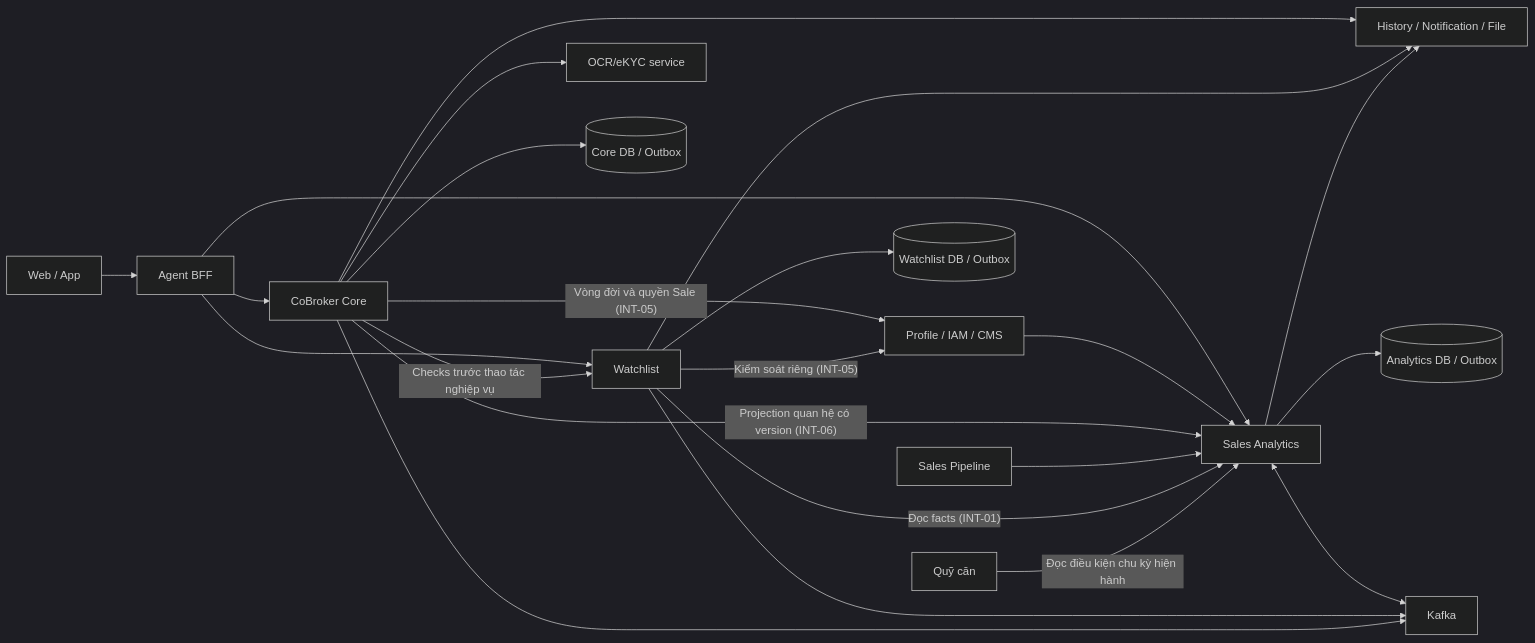
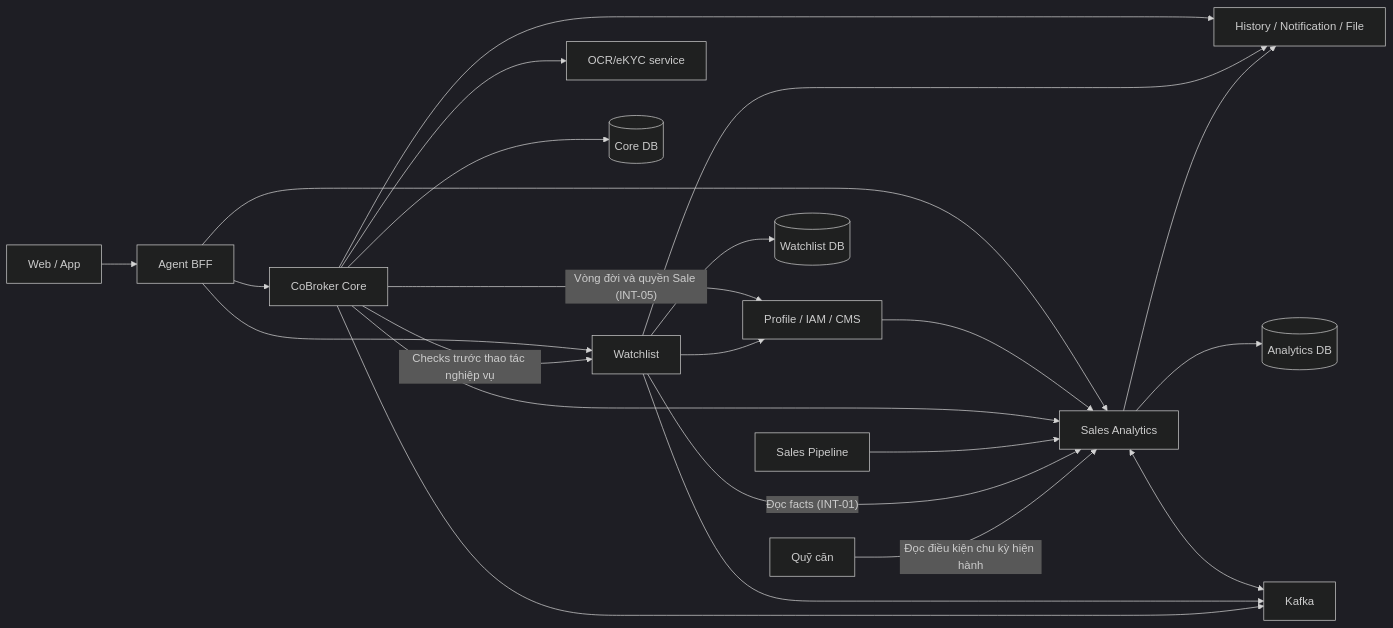
One commit to huynv-xyz/vhm-tdd changed the diagram in cobroker/diagrams/cobroker-01.mmd. Above: the diagram before and after it, drawn with Mermaid (dark theme). The commit also changed 6 other files, not shown here.

Commit message:
docs: simplify architecture diagram labels

```diff
--- a/cobroker/diagrams/cobroker-01.mmd
+++ b/cobroker/diagrams/cobroker-01.mmd
@@ -1,23 +1,23 @@
 flowchart LR
     U["Web / App"] --> B["Agent BFF"]
     B --> C["CoBroker Core"]
     B --> A["Sales Analytics"]
     B --> W["Watchlist"]
     C -->|"Checks trước thao tác nghiệp vụ"| W
     C --> E["OCR/eKYC service"]
     C -->|"Vòng đời và quyền Sale (INT-05)"| P["Profile / IAM / CMS"]
     P --> A
-    C -->|"Projection quan hệ có version (INT-06)"| A
+    C --> A
     D["Sales Pipeline"] --> A
     W -->|"Đọc facts (INT-01)"| A
-    W -->|"Kiểm soát riêng (INT-05)"| P
+    W --> P
     C --> H["History / Notification / File"]
     W --> H
     A --> H
     Q["Quỹ căn"] -->|"Đọc điều kiện chu kỳ hiện hành"| A
-    C --> CD[("Core DB / Outbox")]
-    A --> AD[("Analytics DB / Outbox")]
-    W --> WD[("Watchlist DB / Outbox")]
+    C --> CD[("Core DB")]
+    A --> AD[("Analytics DB")]
+    W --> WD[("Watchlist DB")]
     A <--> K["Kafka"]
     W --> K
     C --> K
```
